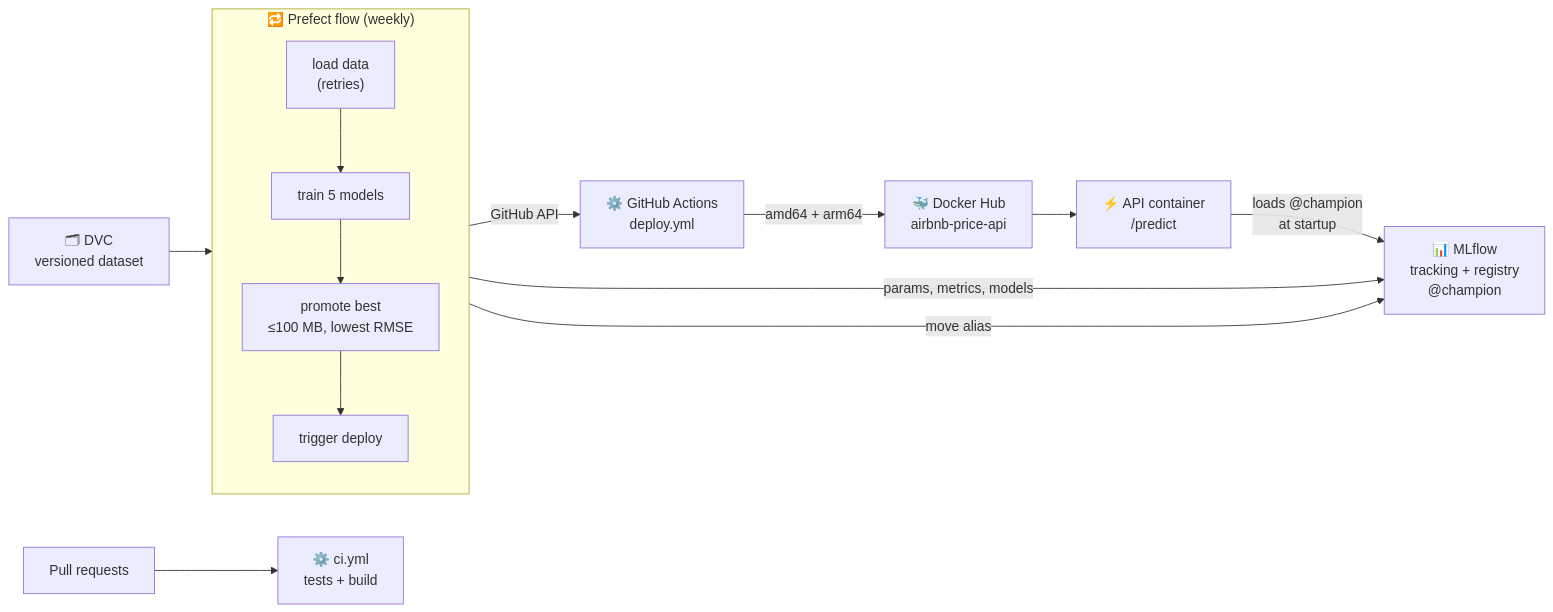
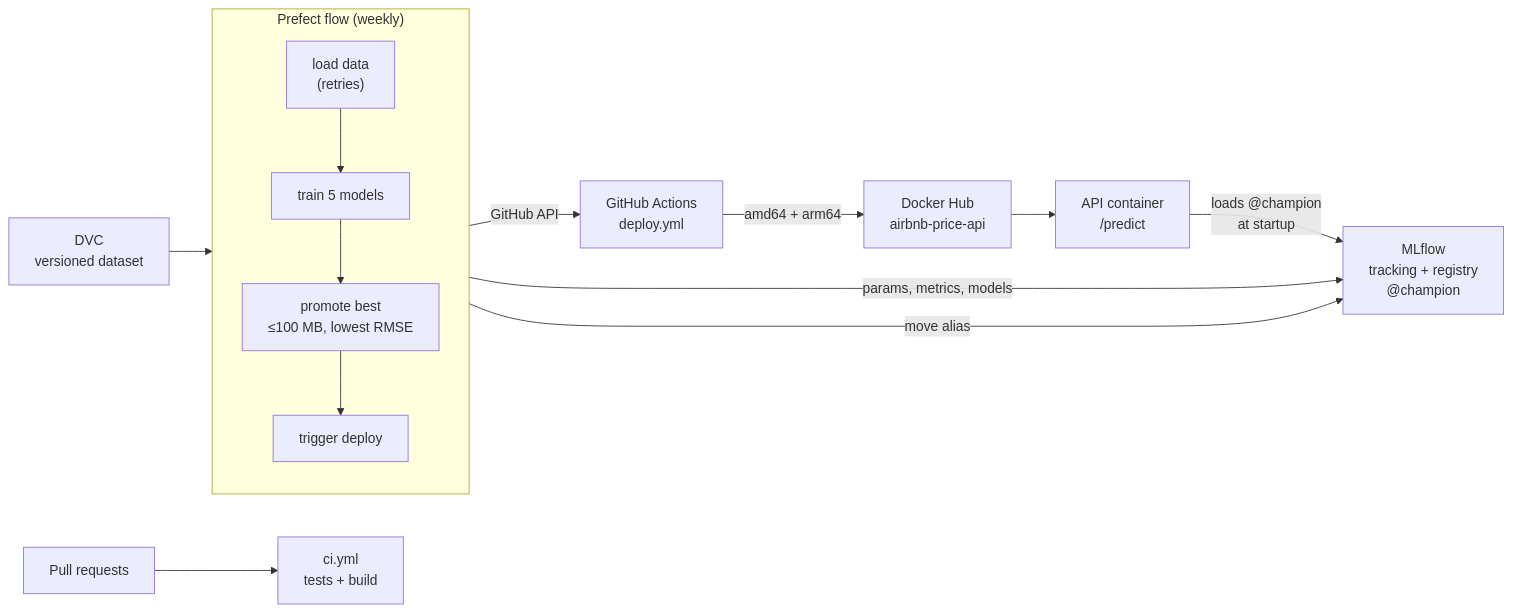
The diagram in docs/guide/00_front.md (shikharkumar13/-NYC-Airbnb-Price-Prediction-MLOps), drawn with Mermaid before and after one commit. The commit also changed other lines of this file and 15 other files, not shown here.

````diff
--- a/docs/guide/00_front.md
+++ b/docs/guide/00_front.md
@@ -188,15 +188,15 @@
 ```mermaid
 flowchart LR
-    D["🗂 DVC\nversioned dataset"] --> P
-    subgraph P ["🔁 Prefect flow (weekly)"]
+    D["DVC\nversioned dataset"] --> P
+    subgraph P ["Prefect flow (weekly)"]
         direction TB
         L["load data\n(retries)"] --> T["train 5 models"] --> R["promote best\n≤100 MB, lowest RMSE"] --> TD["trigger deploy"]
     end
-    T -- "params, metrics, models" --> M["📊 MLflow\ntracking + registry\n@champion"]
+    T -- "params, metrics, models" --> M["MLflow\ntracking + registry\n@champion"]
     R -- "move alias" --> M
-    TD -- "GitHub API" --> G["⚙️ GitHub Actions\ndeploy.yml"]
-    G -- "amd64 + arm64" --> H["🐳 Docker Hub\nairbnb-price-api"]
-    H --> A["⚡ API container\n/predict"]
+    TD -- "GitHub API" --> G["GitHub Actions\ndeploy.yml"]
+    G -- "amd64 + arm64" --> H["Docker Hub\nairbnb-price-api"]
+    H --> A["API container\n/predict"]
     A -- "loads @champion\nat startup" --> M
-    PR["Pull requests"] --> CI["⚙️ ci.yml\ntests + build"]
+    PR["Pull requests"] --> CI["ci.yml\ntests + build"]
 ```
````
